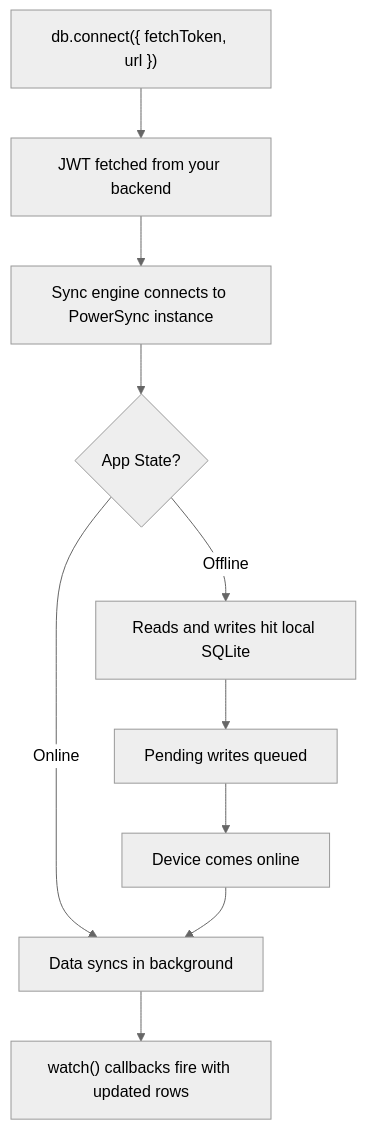
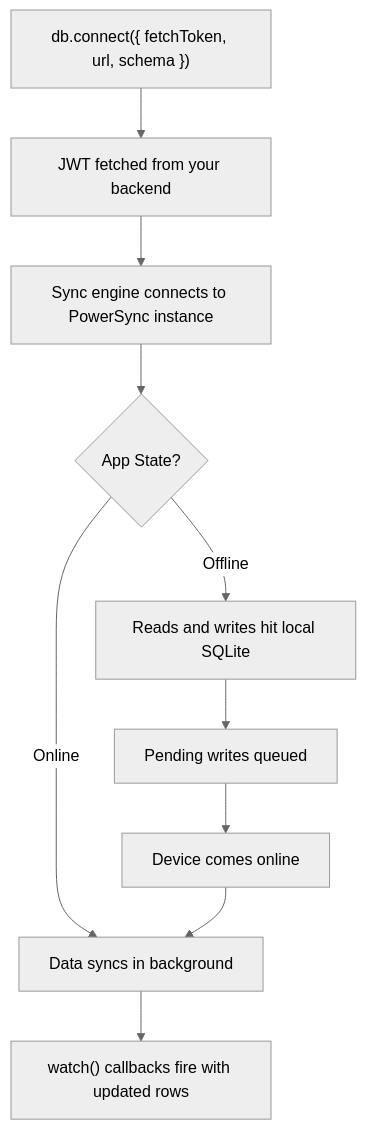
The diagram in local-database/reference.mdx (despia-native/docs), drawn with Mermaid (neutral theme) before and after one commit. The commit also changed other lines of this file and 4 other files, not shown here.

First line of the commit message:
Update PowerSync docs with schema and add critical alerts info

````diff
--- a/local-database/reference.mdx
+++ b/local-database/reference.mdx
@@ -314,12 +347,12 @@
 ```mermaid
 flowchart TD
-    A["db.connect({ fetchToken, url })"] --> B["JWT fetched from your backend"]
+    A["db.connect({ fetchToken, url, schema })"] --> B["JWT fetched from your backend"]
     B --> C["Sync engine connects to PowerSync instance"]
     C --> D{"App State?"}
     D -->|"Online"| E["Data syncs in background"]
     D -->|"Offline"| F["Reads and writes hit local SQLite"]
     F --> G["Pending writes queued"]
     G --> H["Device comes online"]
     H --> E
     E --> I["watch() callbacks fire with updated rows"]
 ```
````
